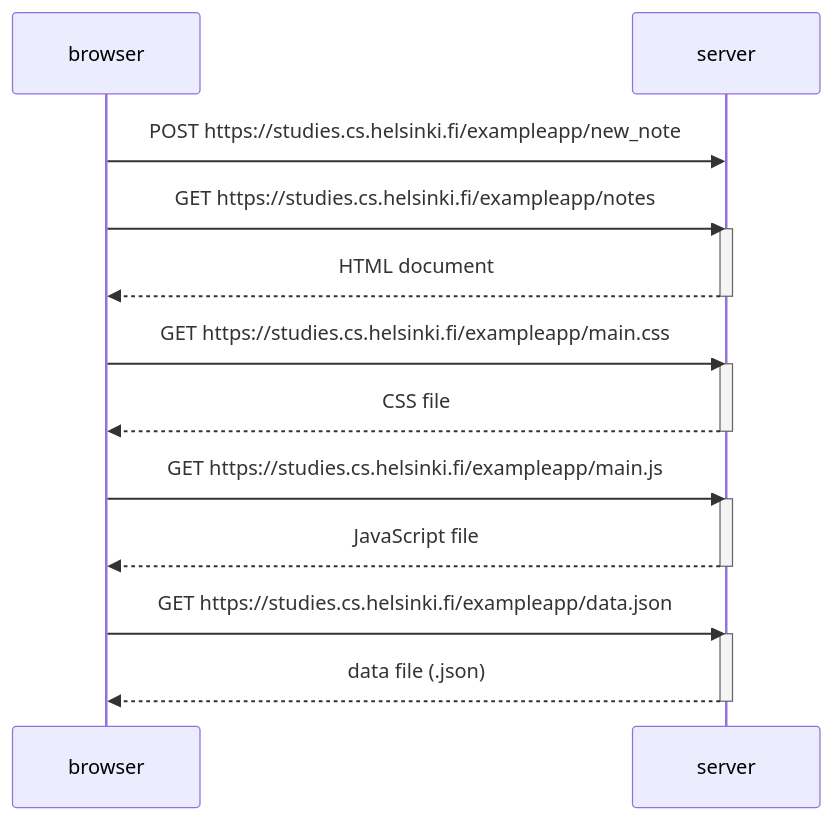
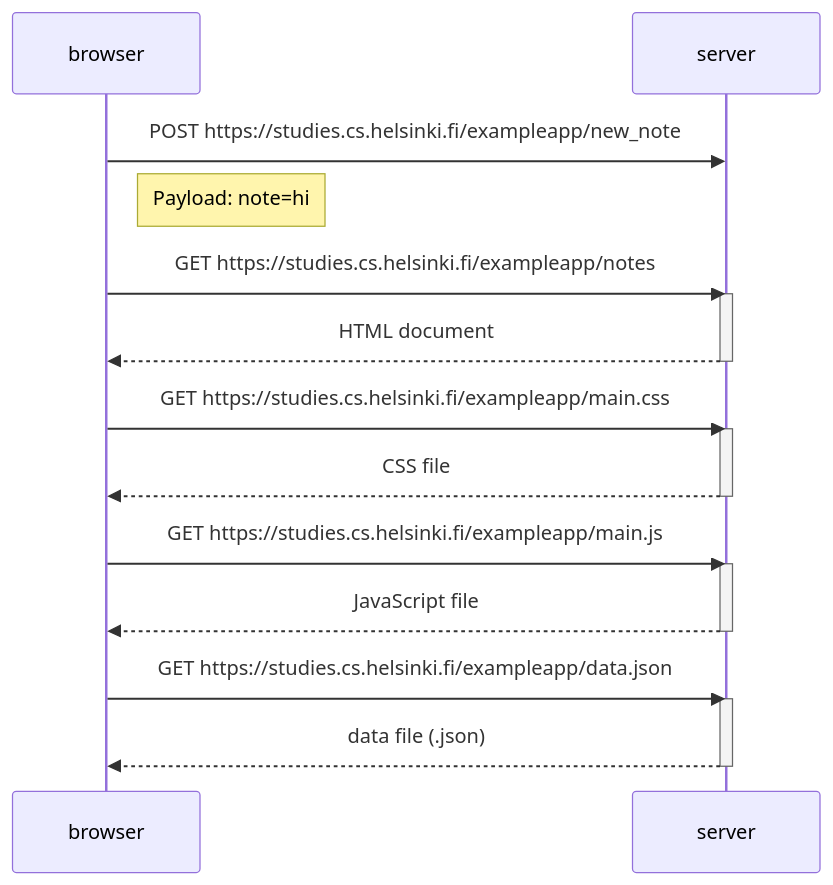
One commit to qcc42/fullstackopen changed the diagram in part0/0.4.md. Above: the diagram before and after it, drawn with Mermaid.

Commit message:
Added more details to the solution.

````diff
--- a/part0/0.4.md
+++ b/part0/0.4.md
@@ -1,28 +1,29 @@
 ```mermaid
 sequenceDiagram
     participant browser
     participant server
 
     browser->>server: POST https://studies.cs.helsinki.fi/exampleapp/new_note
+    Note right of browser: Payload: note=hi 
 
     browser->>server: GET https://studies.cs.helsinki.fi/exampleapp/notes
     activate server
     server-->>browser: HTML document
     deactivate server
 
     browser->>server: GET https://studies.cs.helsinki.fi/exampleapp/main.css
     activate server
     server -->> browser: CSS file
     deactivate server
 
     browser->>server: GET https://studies.cs.helsinki.fi/exampleapp/main.js
     activate server
     server -->> browser: JavaScript file
     deactivate server
 
     browser->>server: GET https://studies.cs.helsinki.fi/exampleapp/data.json
     activate server
     server -->> browser: data file (.json)
     deactivate server
 
 ```
````
